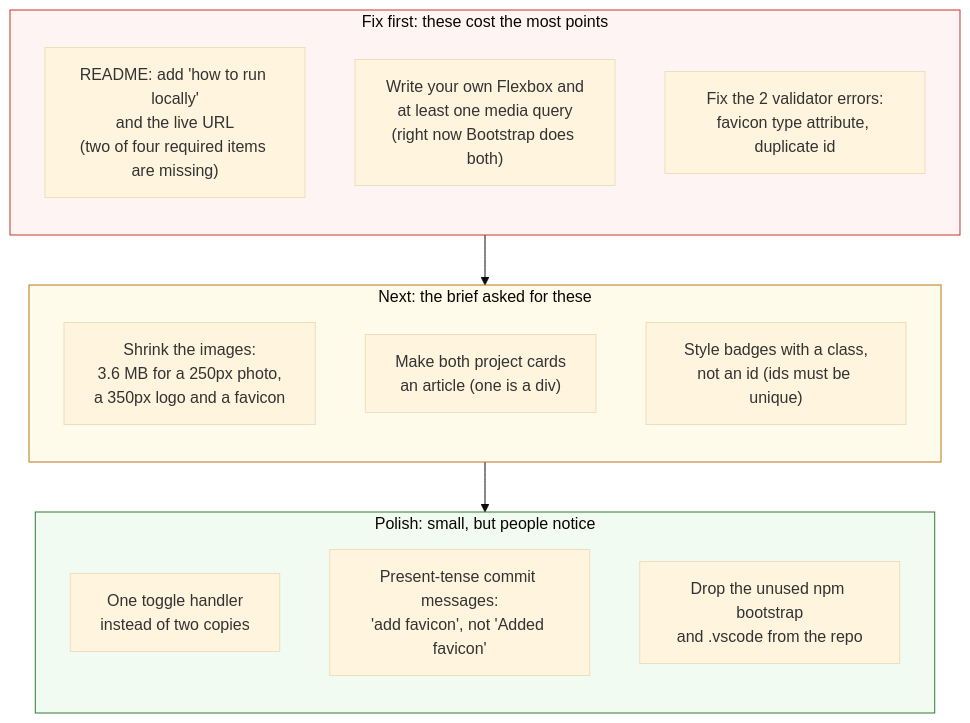
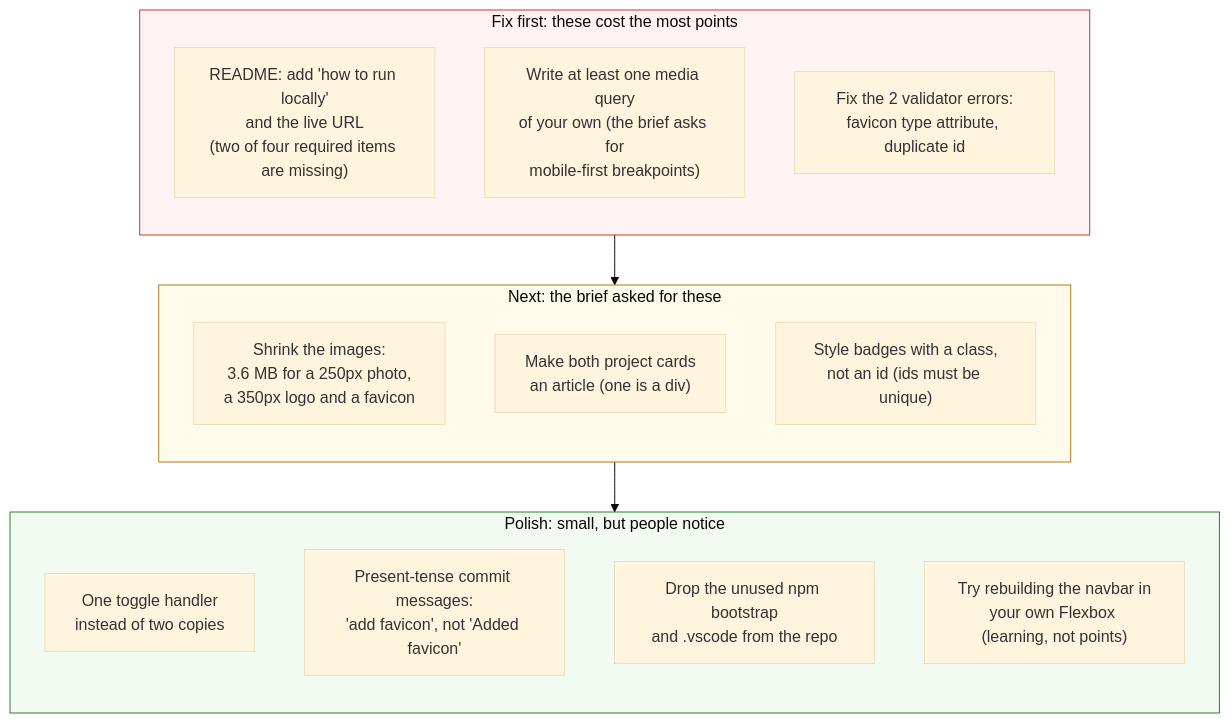
The third of 3 diagrams in feedback/FEEDBACK.md (aanthey/portfolio-site), drawn with Mermaid (base theme) before and after one commit. The commit also changed other lines of this file and 3 other files, not shown here.

````diff
--- a/feedback/FEEDBACK.md
+++ b/feedback/FEEDBACK.md
@@ -185,25 +185,26 @@
 ```mermaid
 flowchart TB
     subgraph p1["Fix first: these cost the most points"]
         direction TB
         a1["README: add 'how to run locally'<br/>and the live URL<br/>(two of four required items are missing)"]
-        a2["Write your own Flexbox and<br/>at least one media query<br/>(right now Bootstrap does both)"]
+        a2["Write at least one media query<br/>of your own (the brief asks for<br/>mobile-first breakpoints)"]
         a3["Fix the 2 validator errors:<br/>favicon type attribute, duplicate id"]
     end
     subgraph p2["Next: the brief asked for these"]
         direction TB
         b1["Shrink the images:<br/>3.6 MB for a 250px photo,<br/>a 350px logo and a favicon"]
         b2["Make both project cards<br/>an article (one is a div)"]
         b3["Style badges with a class,<br/>not an id (ids must be unique)"]
     end
     subgraph p3["Polish: small, but people notice"]
         direction TB
         c1["One toggle handler<br/>instead of two copies"]
         c2["Present-tense commit messages:<br/>'add favicon', not 'Added favicon'"]
         c3["Drop the unused npm bootstrap<br/>and .vscode from the repo"]
+        c4["Try rebuilding the navbar in<br/>your own Flexbox (learning, not points)"]
     end
     p1 --> p2 --> p3
     style p1 fill:#fff4f4,stroke:#c0392b
     style p2 fill:#fffbea,stroke:#b7791f
     style p3 fill:#f2fbf1,stroke:#2e7d32
 ```
````
